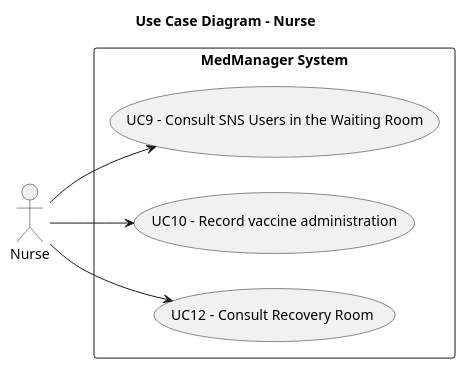
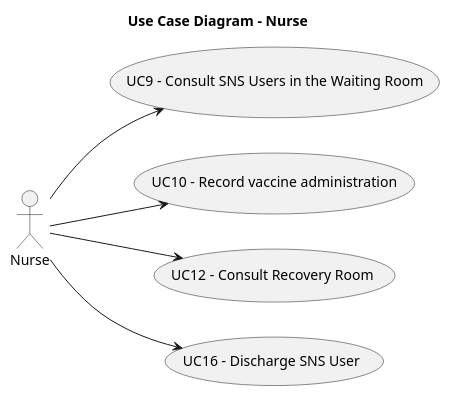
The diagram in Documentation/global-artifacts/puml/UCD_Nurse.puml (Andre-1240567/fsoft2026_1DD_1), drawn with PlantUML before and after one commit. The commit also changed 46 other files, not shown here.

```diff
--- a/Documentation/global-artifacts/puml/UCD_Nurse.puml
+++ b/Documentation/global-artifacts/puml/UCD_Nurse.puml
@@ -1,16 +1,17 @@
 @startuml UCD_Nurse
 title Use Case Diagram - Nurse
 left to right direction
 
 actor "Nurse" as Nurse
 
-rectangle "MedManager System" {
     usecase "UC9 - Consult SNS Users in the Waiting Room" as UC9
     usecase "UC10 - Record vaccine administration" as UC10
     usecase "UC12 - Consult Recovery Room" as UC12
-}
+    usecase "UC16 - Discharge SNS User" as UC16
+
 
 Nurse --> UC9
 Nurse --> UC10
 Nurse --> UC12
+Nurse --> UC16
 @enduml
```
